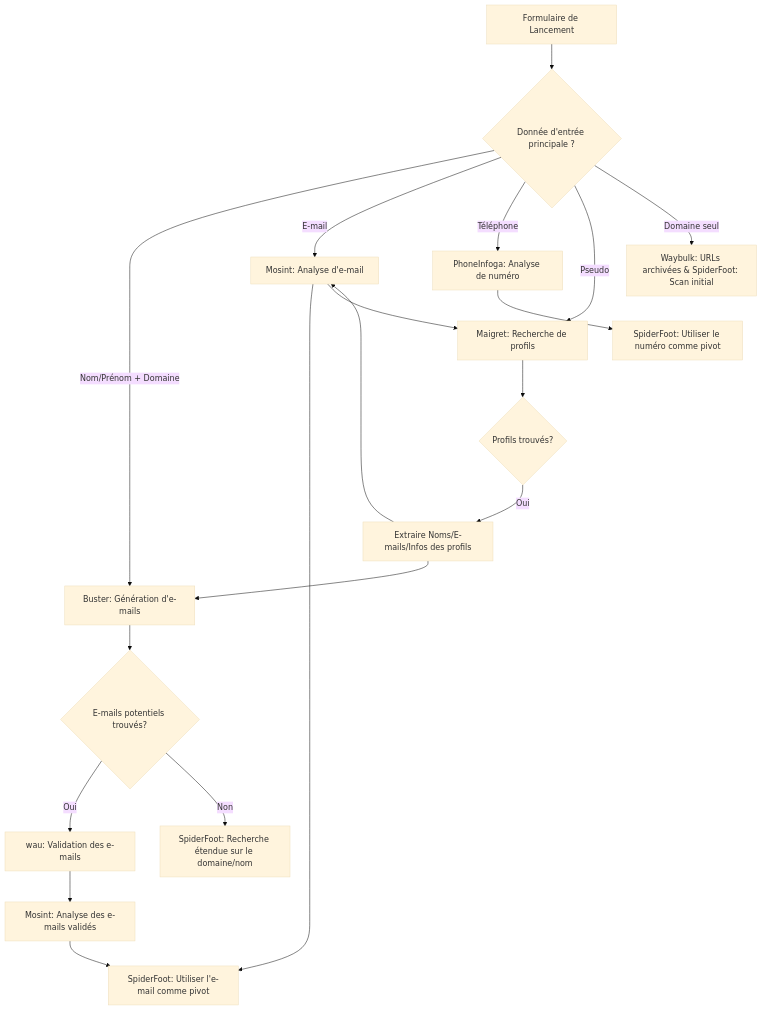
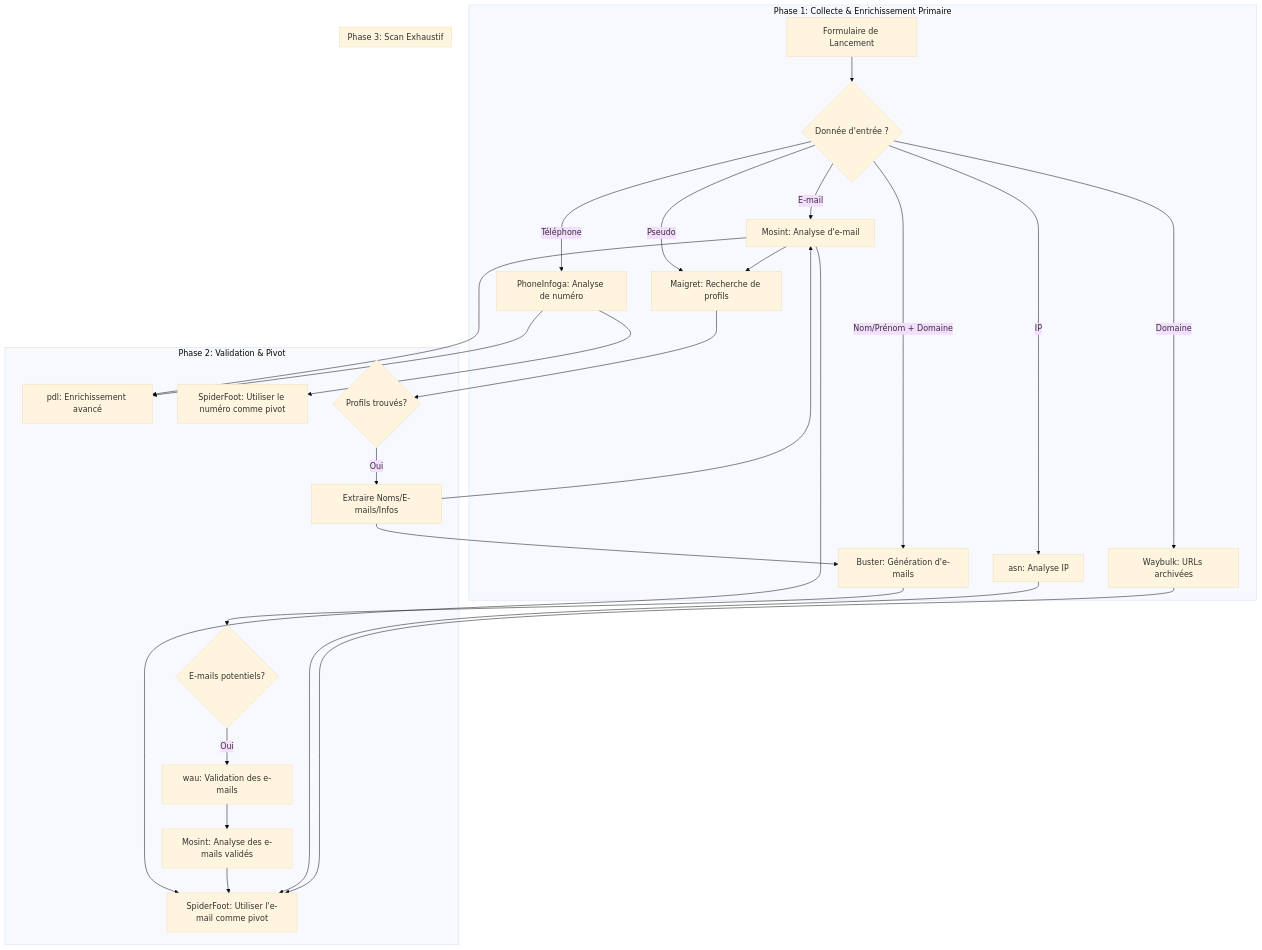
The diagram in todo/PLAN.md (Alzok/NumOSINT), drawn with Mermaid (base theme) before and after one commit. The commit also changed other lines of this file and 53 other files, not shown here.

````diff
--- a/todo/PLAN.md
+++ b/todo/PLAN.md
@@ -10,26 +10,36 @@
 ```mermaid
 graph TD
-    A[Formulaire de Lancement] --> B{Donnée d'entrée principale ?};
-    B -->|Nom/Prénom + Domaine| C[Buster: Génération d'e-mails];
-    B -->|E-mail| D[Mosint: Analyse d'e-mail];
-    B -->|Téléphone| E[PhoneInfoga: Analyse de numéro];
-    B -->|Pseudo| F[Maigret: Recherche de profils];
-    B -->|Domaine seul| G[Waybulk: URLs archivées & SpiderFoot: Scan initial];
+    subgraph "Phase 1: Collecte & Enrichissement Primaire"
+        A[Formulaire de Lancement] --> B{Donnée d'entrée ?};
+        B -->|Nom/Prénom + Domaine| C[Buster: Génération d'e-mails];
+        B -->|E-mail| D[Mosint: Analyse d'e-mail];
+        B -->|Téléphone| E[PhoneInfoga: Analyse de numéro];
+        B -->|Pseudo| F[Maigret: Recherche de profils];
+        B -->|Domaine| G[Waybulk: URLs archivées];
+        B -->|IP| ASN[asn: Analyse IP];
+    end
 
-    C --> H{E-mails potentiels trouvés?};
-    H -->|Oui| I[wau: Validation des e-mails];
-    I --> J[Mosint: Analyse des e-mails validés];
-    H -->|Non| K[SpiderFoot: Recherche étendue sur le domaine/nom];
+    subgraph "Phase 2: Validation & Pivot"
+        C --> H{E-mails potentiels?};
+        H -->|Oui| I[wau: Validation des e-mails];
+        I --> J[Mosint: Analyse des e-mails validés];
+        
+        D --> L[SpiderFoot: Utiliser l'e-mail comme pivot];
+        D --> F;
+        D --> PDL[pdl: Enrichissement avancé];
 
-    D --> L[SpiderFoot: Utiliser l'e-mail comme pivot];
-    D --> F;
+        E --> M[SpiderFoot: Utiliser le numéro comme pivot];
+        E --> PDL;
+
+        F --> N{Profils trouvés?};
+        N --> |Oui| O[Extraire Noms/E-mails/Infos];
+        O --> C;
+        O --> D;
+    end
     
-    E --> M[SpiderFoot: Utiliser le numéro comme pivot];
-
-    F --> N{Profils trouvés?};
-    N --> |Oui| O[Extraire Noms/E-mails/Infos des profils];
-    O --> C;
-    O --> D;
-    
-    J --> L;
+    subgraph "Phase 3: Scan Exhaustif"
+        J --> L;
+        ASN --> L;
+        G --> L;
+    end
 ```
````
